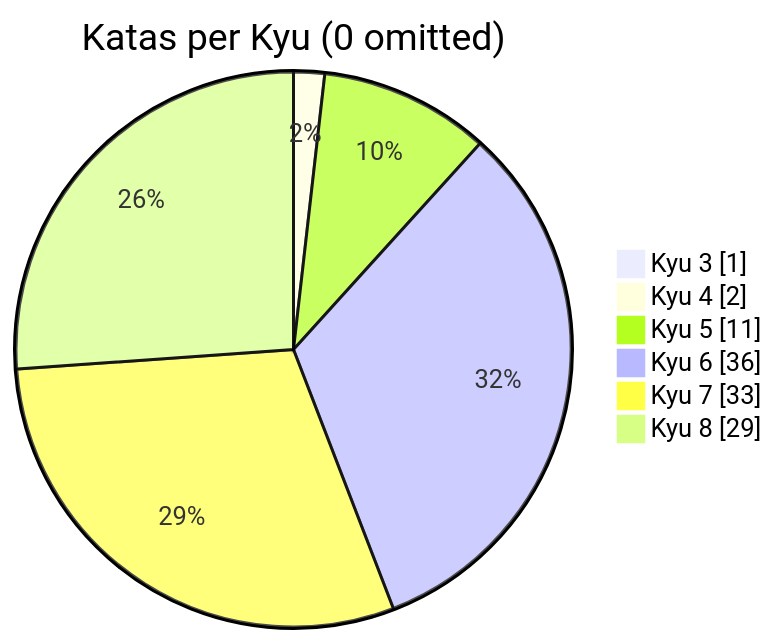
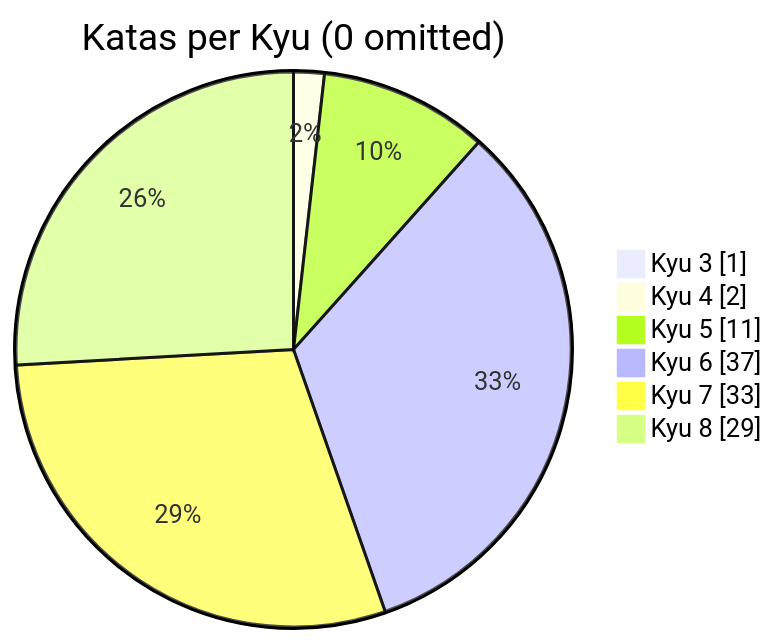
Before and after one commit to MauricioLudwig/codewars-typescript: the diagram in README.md, drawn with Mermaid. The commit also changed other lines of this file, not shown here.

````diff
--- a/README.md
+++ b/README.md
@@ -21,10 +21,10 @@
 ```mermaid
 pie showData
     title Katas per Kyu (0 omitted)
 	"Kyu 3": 1
 	"Kyu 4": 2
 	"Kyu 5": 11
-	"Kyu 6": 36
+	"Kyu 6": 37
 	"Kyu 7": 33
 	"Kyu 8": 29
 ```
````
